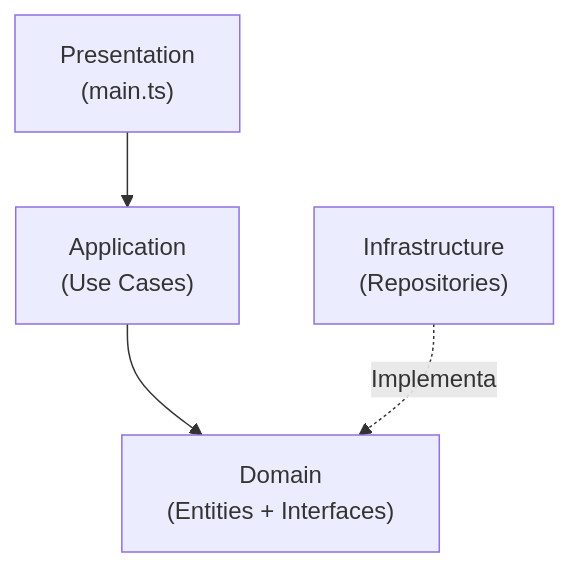
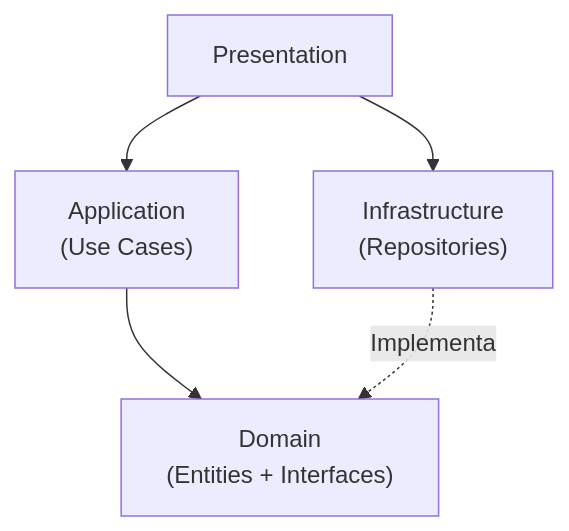
Before and after one commit to DiegoPaul550/CLEAN-ARCHITECTURE: the diagram in diagrama.mmd, drawn with Mermaid. The commit also changed 1 other file, not shown here.

Commit message:
Se actualizaron los diagramas

```diff
--- a/diagrama.mmd
+++ b/diagrama.mmd
@@ -1,14 +1,11 @@
 flowchart TB
 
-    Presentation["Presentation<br/>(main.ts)"]
-
+    Presentation
     Application["Application<br/>(Use Cases)"]
-
     Domain["Domain<br/>(Entities + Interfaces)"]
-
     Infrastructure["Infrastructure<br/>(Repositories)"]
 
     Presentation --> Application
+    Presentation --> Infrastructure
     Application --> Domain
-
     Infrastructure -. Implementa .-> Domain
```
